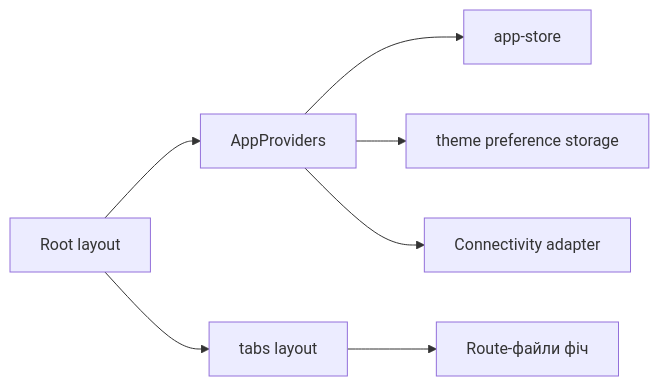
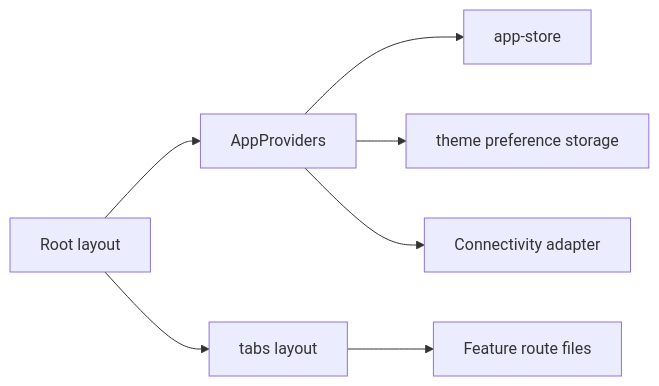
Before and after one commit to Weretik/kedr-web: the diagram in docs/features/mobile/shell.md, drawn with Mermaid. The commit also changed other lines of this file and 95 other files, not shown here.

Commit message:
docs(frontend): reconcile architecture and feature guidance

````diff
--- a/docs/features/mobile/shell.md
+++ b/docs/features/mobile/shell.md
@@ -11,9 +11,9 @@
 ```mermaid
 flowchart LR
 Root["Root layout"] --> Providers["AppProviders"]
 Providers --> Store["app-store"]
 Providers --> Theme["theme preference storage"]
 Providers --> Network["Connectivity adapter"]
 Root --> Tabs["tabs layout"]
-Tabs --> Routes["Route-файли фіч"]
+Tabs --> Routes["Feature route files"]
 ```
````
